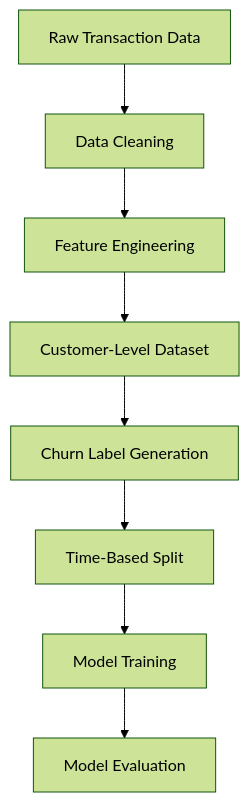
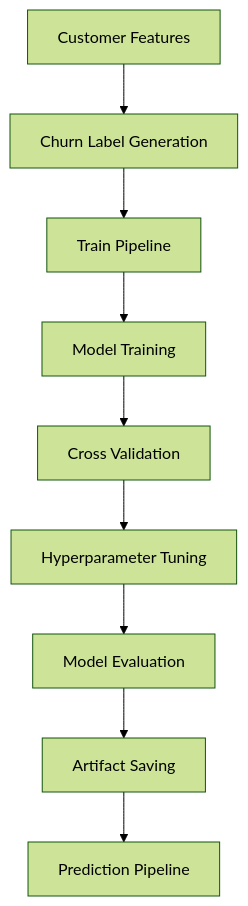
The second of 3 diagrams in README.md (Rachit931/Cart-IQ), drawn with Mermaid (forest theme) before and after one commit. The commit also changed other lines of this file, not shown here.

````diff
--- a/README.md
+++ b/README.md
@@ -153,18 +102,21 @@
 ```mermaid
 flowchart TD
 
-A[Raw Transaction Data]
---> B[Data Cleaning]
+A[Customer Features]
 
-B --> C[Feature Engineering]
+--> B[Churn Label Generation]
 
-C --> D[Customer-Level Dataset]
+B --> C[Train Pipeline]
 
-D --> E[Churn Label Generation]
+C --> D[Model Training]
 
-E --> F[Time-Based Split]
+D --> E[Cross Validation]
 
-F --> G[Model Training]
+E --> F[Hyperparameter Tuning]
 
-G --> H[Model Evaluation]
+F --> G[Model Evaluation]
+
+G --> H[Artifact Saving]
+
+H --> I[Prediction Pipeline]
 ```
````
